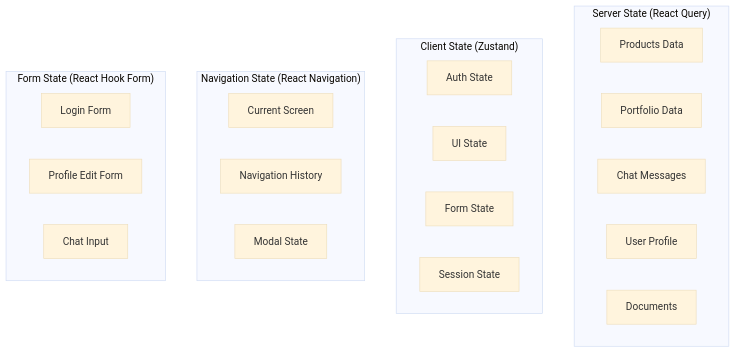
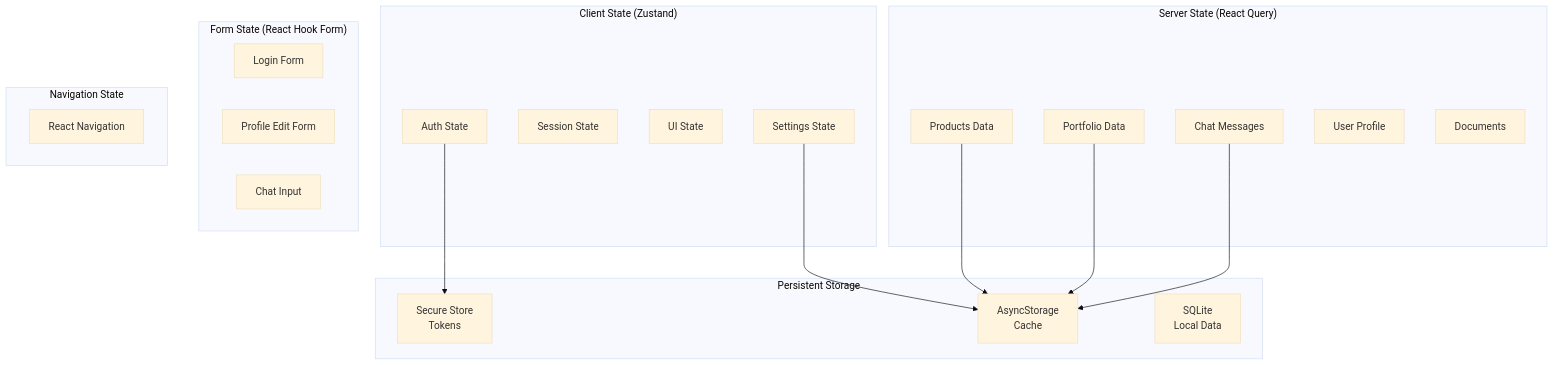
One commit to vovkins/agents-react-native-experiment changed the sixth of 9 diagrams in docs/system-design.md. Above: the diagram before and after it, drawn with Mermaid (base theme). The commit also changed other lines of this file, not shown here.

````diff
--- a/docs/system-design.md
+++ b/docs/system-design.md
@@ -596,29 +1386,40 @@
 ```mermaid
 graph TB
     subgraph "Server State (React Query)"
-        SS1[Products Data]
-        SS2[Portfolio Data]
-        SS3[Chat Messages]
-        SS4[User Profile]
-        SS5[Documents]
+        SS_Products[Products Data]
+        SS_Portfolio[Portfolio Data]
+        SS_Messages[Chat Messages]
+        SS_Profile[User Profile]
+        SS_Documents[Documents]
     end
     
     subgraph "Client State (Zustand)"
-        CS1[Auth State]
-        CS2[UI State]
-        CS3[Form State]
-        CS4[Session State]
-    end
-    
-    subgraph "Navigation State (React Navigation)"
-        NS1[Current Screen]
-        NS2[Navigation History]
-        NS3[Modal State]
+        CS_Auth[Auth State]
+        CS_Session[Session State]
+        CS_UI[UI State]
+        CS_Settings[Settings State]
     end
     
     subgraph "Form State (React Hook Form)"
-        FS1[Login Form]
-        FS2[Profile Edit Form]
-        FS3[Chat Input]
+        FS_Login[Login Form]
+        FS_Profile[Profile Edit Form]
+        FS_Chat[Chat Input]
     end
+    
+    subgraph "Navigation State"
+        NS_Router[React Navigation]
+    end
+    
+    subgraph "Persistent Storage"
+        PS_Secure[Secure Store<br/>Tokens]
+        PS_Cache[AsyncStorage<br/>Cache]
+        PS_Local[SQLite<br/>Local Data]
+    end
+    
+    SS_Products --> PS_Cache
+    SS_Portfolio --> PS_Cache
+    SS_Messages --> PS_Cache
+    
+    CS_Auth --> PS_Secure
+    CS_Settings --> PS_Cache
 ```
````
